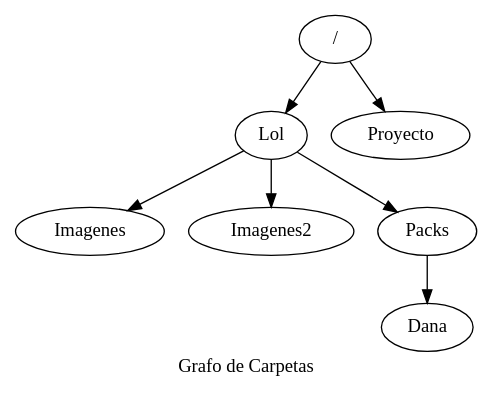
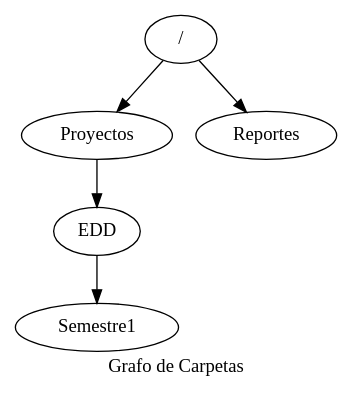
Before and after one commit to Douglas-Martinez/EDD_2S2019_PY2_201603168: the diagram in Proyecto2_2/build/classes/Reportes/grafo.dot, drawn with Graphviz. The commit also changed 74 other files, not shown here.

```diff
--- a/Proyecto2_2/build/classes/Reportes/grafo.dot
+++ b/Proyecto2_2/build/classes/Reportes/grafo.dot
@@ -1,23 +1,17 @@
 digraph grafo {
 	"/"[label="/"];
-	"Dana"[label="Dana"];
-	"Imagenes"[label="Imagenes"];
-	"Imagenes2"[label="Imagenes2"];
-	"Lol"[label="Lol"];
-	"Packs"[label="Packs"];
-	"Proyecto"[label="Proyecto"];
-	"/"->"Lol";
-	"/"->"Proyecto";
+	"EDD"[label="EDD"];
+	"Proyectos"[label="Proyectos"];
+	"Reportes"[label="Reportes"];
+	"Semestre1"[label="Semestre1"];
+	"/"->"Proyectos";
+	"/"->"Reportes";
 
+	"EDD"->"Semestre1";
 
+	"Proyectos"->"EDD";
 
-
-	"Lol"->"Imagenes";
-	"Lol"->"Imagenes2";
-	"Lol"->"Packs";
-
-	"Packs"->"Dana";
 
 
 	label = "Grafo de Carpetas";
 }
```
